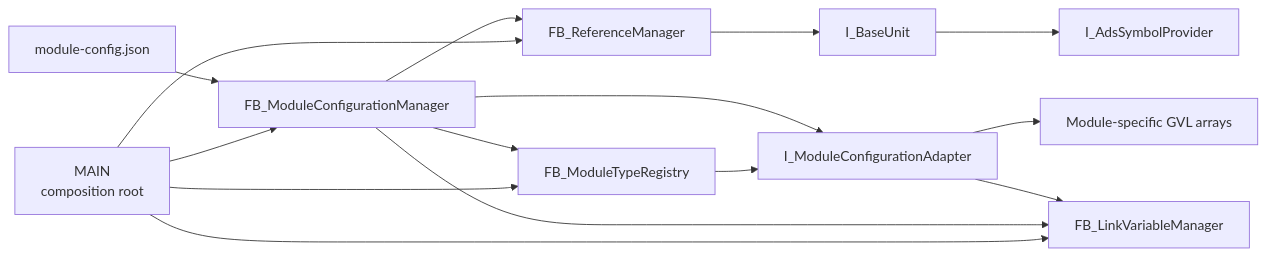
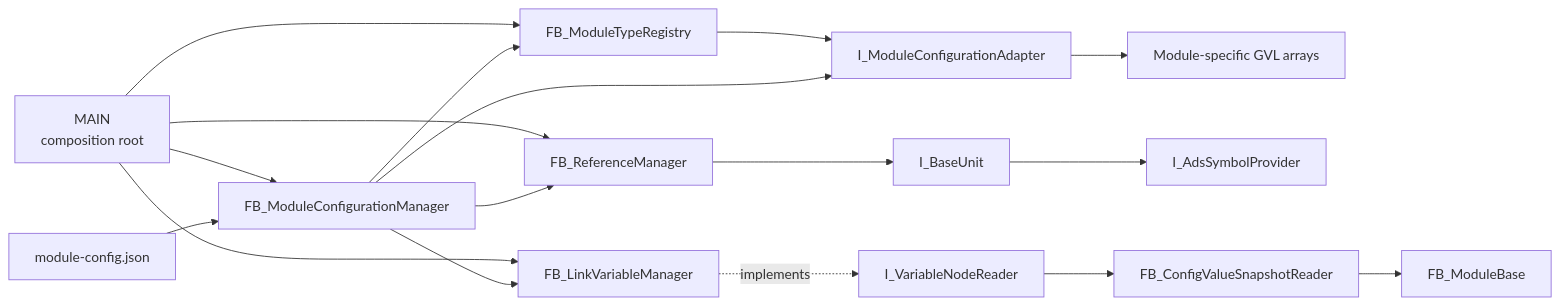
Before and after one commit to henry6107/semi_robust_solution_framework_demo: the first of 2 diagrams in robust_solution_simple_module/docs/Module-Configuration-Flow-and-Extension-Guide.md, drawn with Mermaid. The commit also changed other lines of this file and 19 other files, not shown here.

````diff
--- a/robust_solution_simple_module/docs/Module-Configuration-Flow-and-Extension-Guide.md
+++ b/robust_solution_simple_module/docs/Module-Configuration-Flow-and-Extension-Guide.md
@@ -30,19 +33,22 @@
 ```mermaid
 flowchart LR
     MAIN[MAIN<br/>composition root] --> LVM[FB_LinkVariableManager]
     MAIN --> RM[FB_ReferenceManager]
     MAIN --> REG[FB_ModuleTypeRegistry]
     MAIN --> CM[FB_ModuleConfigurationManager]
 
     JSON[module-config.json] --> CM
+    CM --> REG
     REG --> ADAPTER[I_ModuleConfigurationAdapter]
-    CM --> REG
+    CM --> ADAPTER
     CM --> LVM
     CM --> RM
-    CM --> ADAPTER
 
     ADAPTER --> GVL[Module-specific GVL arrays]
-    ADAPTER --> LVM
     RM --> BASE[I_BaseUnit]
     BASE --> PROVIDER[I_AdsSymbolProvider]
+
+    LVM -. implements .-> READER[I_VariableNodeReader]
+    READER --> SNAPSHOT[FB_ConfigValueSnapshotReader]
+    SNAPSHOT --> MODULE[FB_ModuleBase]
 ```
````
